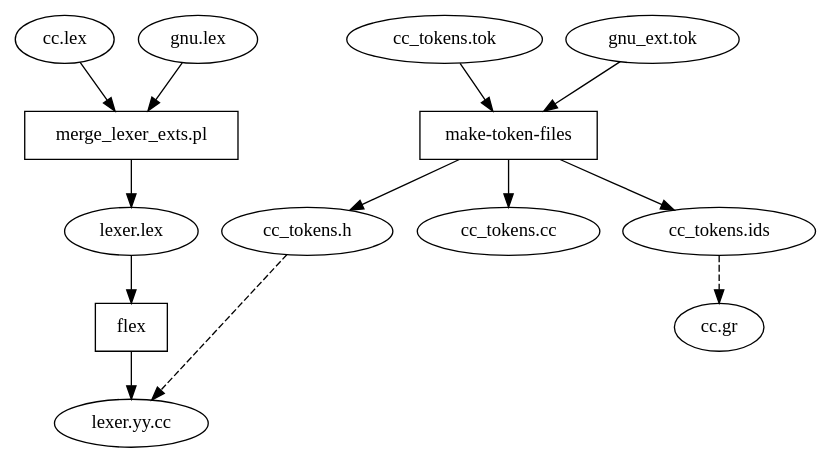
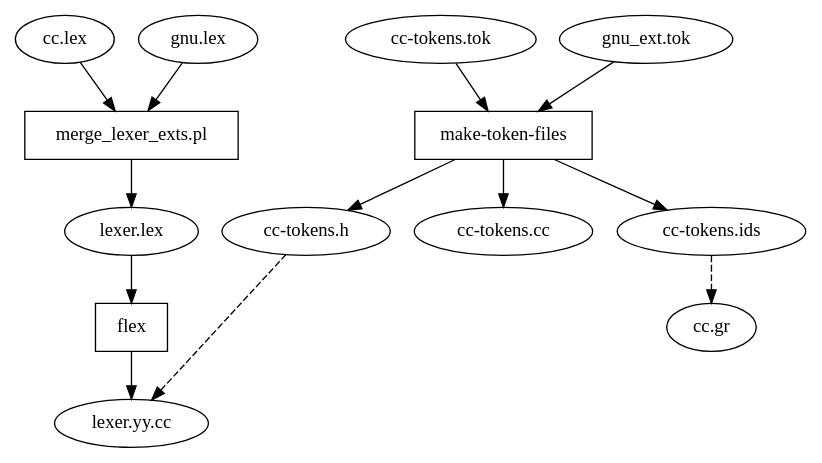
The diagram in doc/lexer_build.dot (smcpeak/elsa), drawn with Graphviz before and after one commit. The commit also changed 13 other files, not shown here.

First line of the commit message:
Rename cc_tokens.tok to cc-tokens.tok.

```diff
--- a/doc/lexer_build.dot
+++ b/doc/lexer_build.dot
@@ -1,54 +1,54 @@
 // lexer_build.dot
 // information flow for building the Elsa lexer
 
 digraph "Elsa Lexer Build Process" {
 
   // ------- left half: produce lexer.yy.cc -------
 
   "cc.lex" [
     URL = "cc.lex"
   ];
 
   "cc.lex" -> "merge_lexer_exts.pl";
   "gnu.lex" -> "merge_lexer_exts.pl";
 
   "merge_lexer_exts.pl" [
     shape = rectangle
   ];
 
   "merge_lexer_exts.pl" -> "lexer.lex";
   "lexer.lex" -> "flex";
 
   "flex" [
     shape = rectangle
   ];
 
   "flex" -> "lexer.yy.cc";
 
 
-  // ------- right half: produce cc_tokens.* -------
+  // ------- right half: produce cc-tokens.* -------
 
-  "cc_tokens.tok" -> "make-token-files";
+  "cc-tokens.tok" -> "make-token-files";
   "gnu_ext.tok" -> "make-token-files";
 
   "make-token-files" [
     shape = rectangle
   ];
 
-  "make-token-files" -> "cc_tokens.h";
-  "make-token-files" -> "cc_tokens.cc";
-  "make-token-files" -> "cc_tokens.ids";
+  "make-token-files" -> "cc-tokens.h";
+  "make-token-files" -> "cc-tokens.cc";
+  "make-token-files" -> "cc-tokens.ids";
 
 
   // ------- extra --------
 
-  "cc_tokens.h" -> "lexer.yy.cc" [
+  "cc-tokens.h" -> "lexer.yy.cc" [
     style = dashed
     constraint = false
   ];
 
-  "cc_tokens.ids" -> "cc.gr" [
+  "cc-tokens.ids" -> "cc.gr" [
     style = dashed
   ];
 
 }
```
